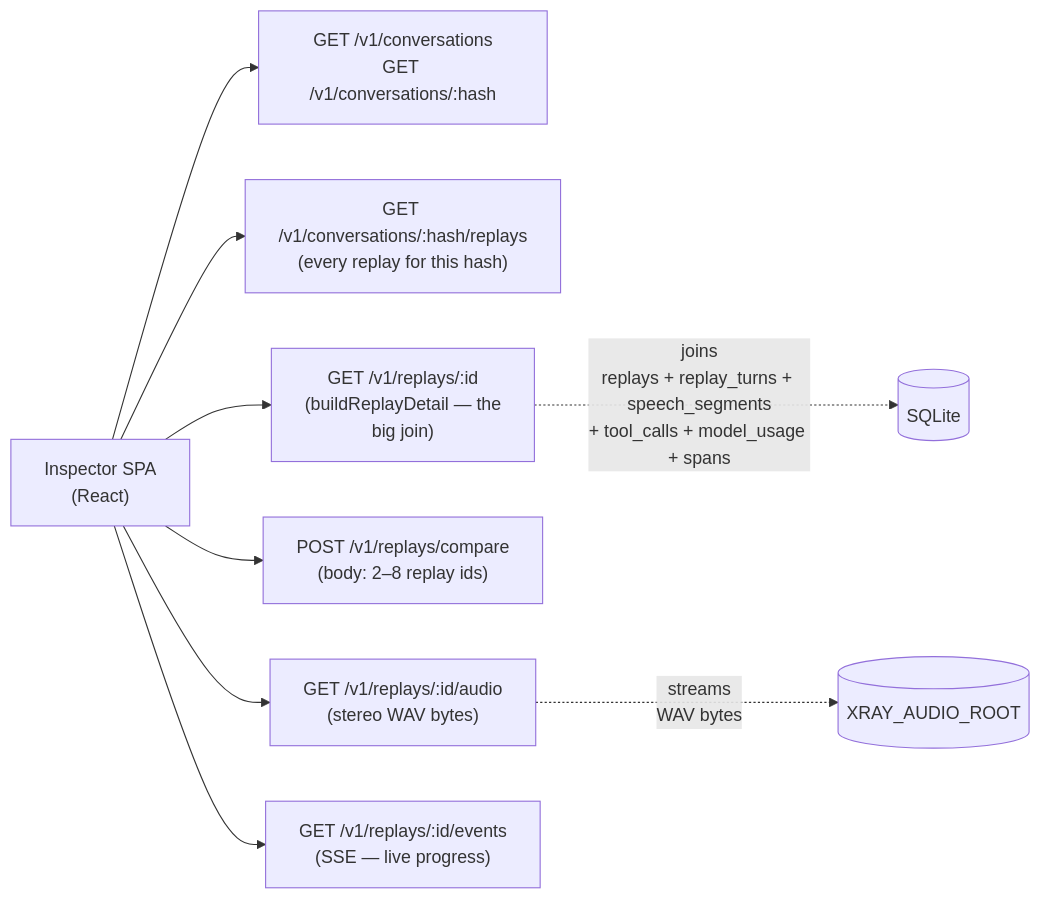
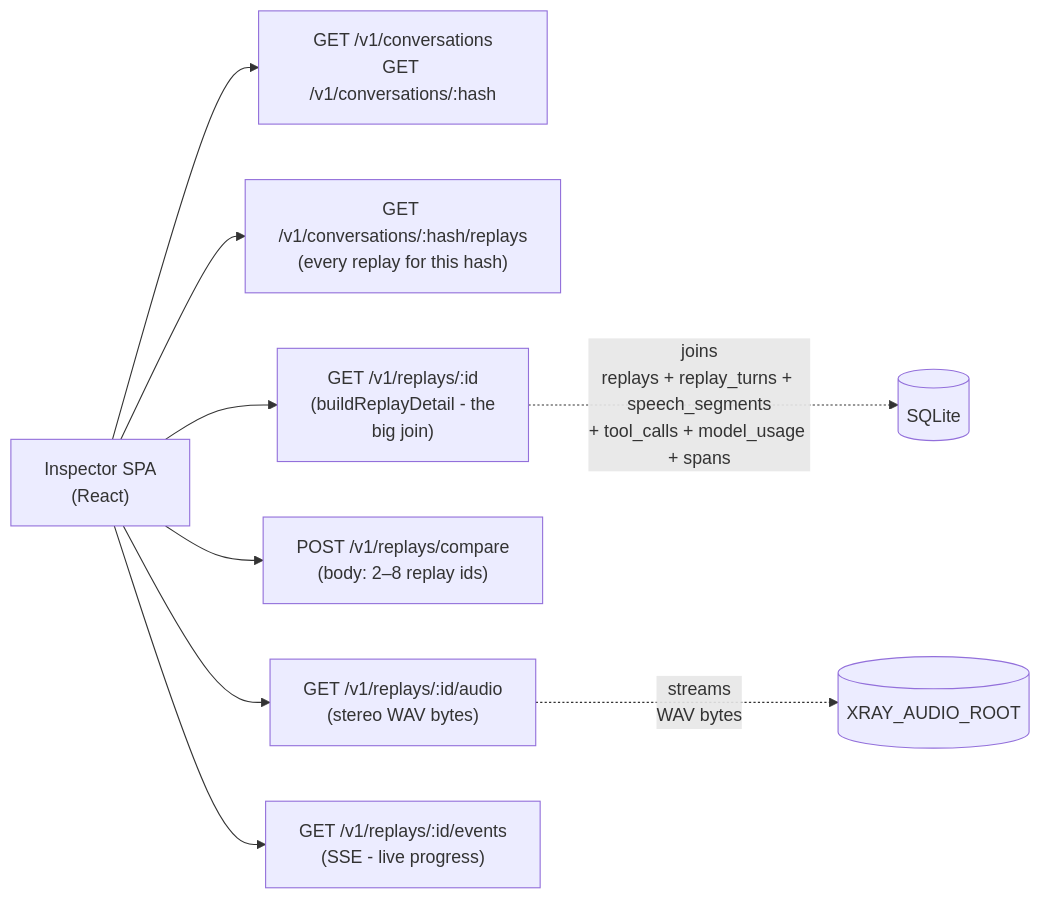
One commit to xray-eval/xray changed the fifth of 5 diagrams in docs/architecture.md. Above: the diagram before and after it, drawn with Mermaid. The commit also changed other lines of this file and 22 other files, not shown here.

````diff
--- a/docs/architecture.md
+++ b/docs/architecture.md
@@ -393,20 +419,20 @@
 ```mermaid
 flowchart LR
     UI["Inspector SPA<br/>(React)"]
     EP1["GET /v1/conversations<br/>GET /v1/conversations/:hash"]
     EP2["GET /v1/conversations/:hash/replays<br/>(every replay for this hash)"]
-    EP3["GET /v1/replays/:id<br/>(buildReplayDetail — the<br/>big join)"]
+    EP3["GET /v1/replays/:id<br/>(buildReplayDetail - the<br/>big join)"]
     EP4["POST /v1/replays/compare<br/>(body: 2–8 replay ids)"]
     EP5["GET /v1/replays/:id/audio<br/>(stereo WAV bytes)"]
-    EP6["GET /v1/replays/:id/events<br/>(SSE — live progress)"]
+    EP6["GET /v1/replays/:id/events<br/>(SSE - live progress)"]
 
     UI --> EP1
     UI --> EP2
     UI --> EP3
     UI --> EP4
     UI --> EP5
     UI --> EP6
 
     EP3 -. "joins<br/>replays + replay_turns + speech_segments<br/>+ tool_calls + model_usage + spans" .-> DB[("SQLite")]
     EP5 -. "streams<br/>WAV bytes" .-> AUDIO[("XRAY_AUDIO_ROOT")]
 ```
````
